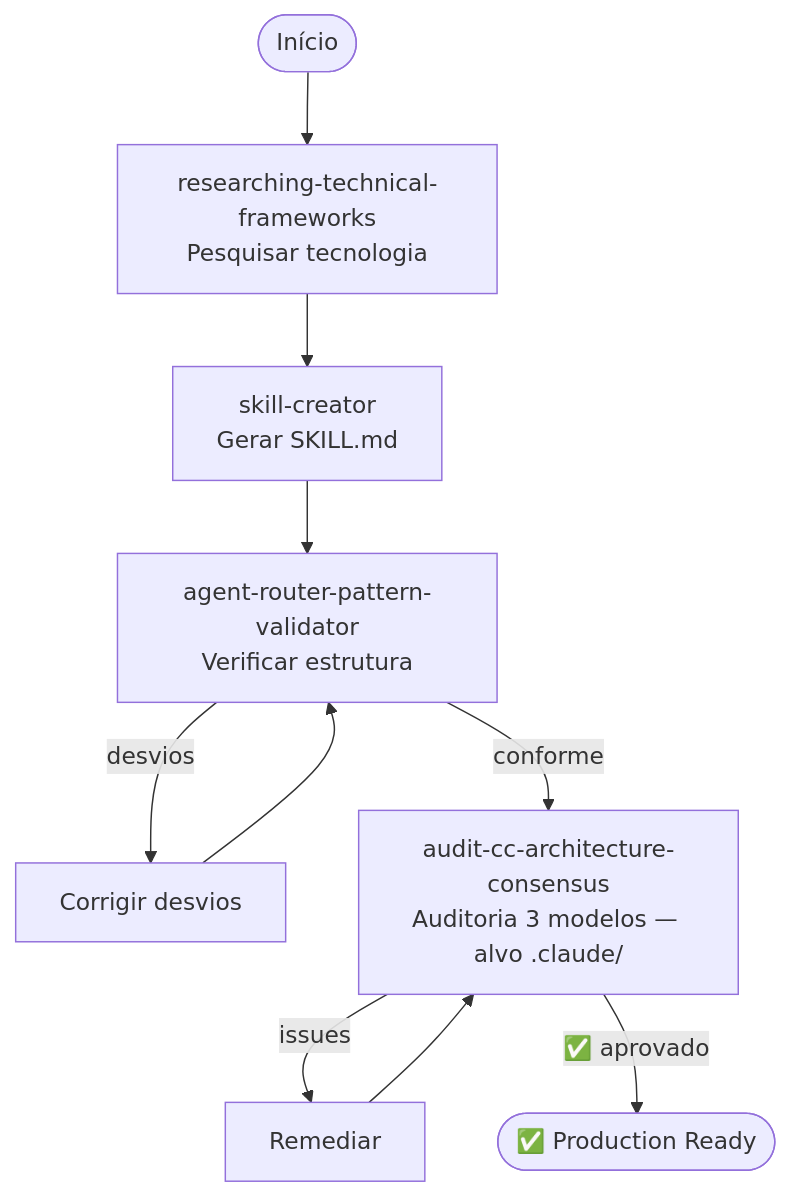
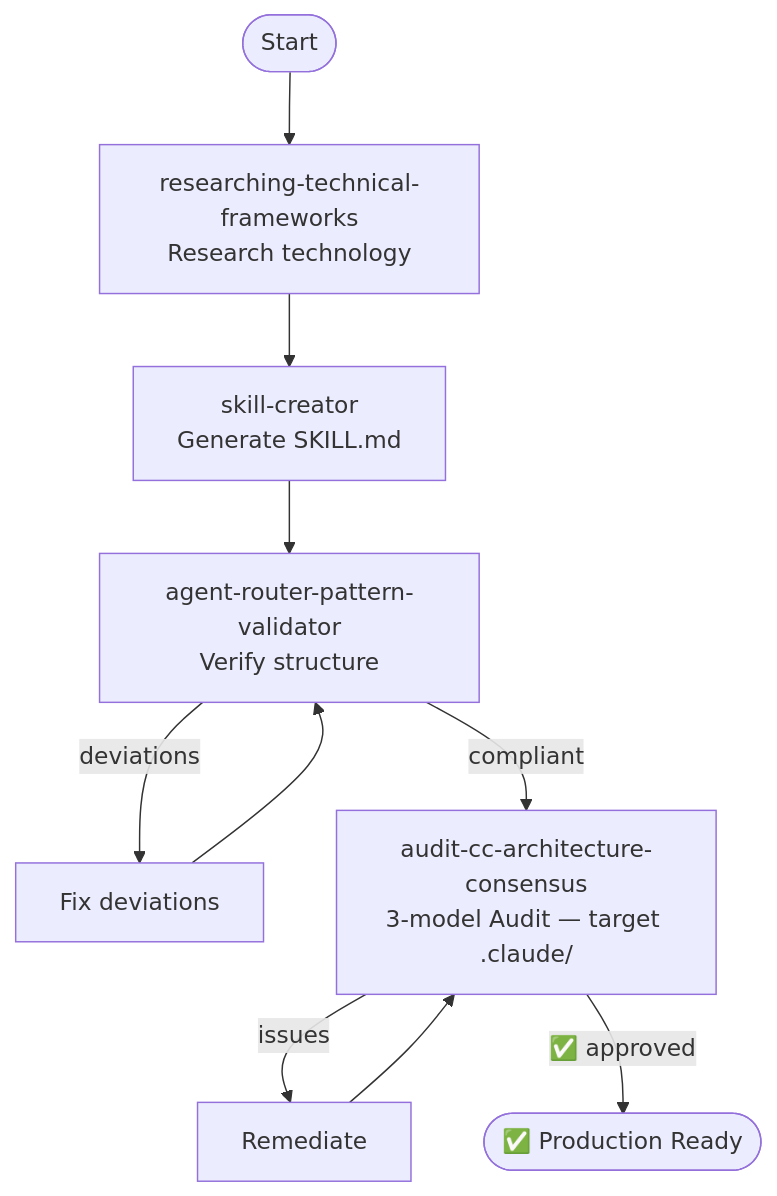
Before and after one commit to rodrigo-mendes/agents-factory: the diagram in docs/fluxos/fluxo-criacao-projeto.md, drawn with Mermaid. The commit also changed other lines of this file and 70 other files, not shown here.

````diff
--- a/docs/fluxos/fluxo-criacao-projeto.md
+++ b/docs/fluxos/fluxo-criacao-projeto.md
@@ -9,16 +9,16 @@
 ```mermaid
 flowchart TD
-    START([Início]) --> RESEARCH[researching-technical-frameworks<br/>Pesquisar tecnologia]
-    RESEARCH --> SKILL[skill-creator<br/>Gerar SKILL.md]
-    SKILL --> VALID[agent-router-pattern-validator<br/>Verificar estrutura]
+    START([Start]) --> RESEARCH[researching-technical-frameworks<br/>Research technology]
+    RESEARCH --> SKILL[skill-creator<br/>Generate SKILL.md]
+    SKILL --> VALID[agent-router-pattern-validator<br/>Verify structure]
     
-    VALID -->|desvios| FIX[Corrigir desvios]
+    VALID -->|deviations| FIX[Fix deviations]
     FIX --> VALID
     
-    VALID -->|conforme| AUDIT[audit-cc-architecture-consensus<br/>Auditoria 3 modelos — alvo .claude/]
+    VALID -->|compliant| AUDIT[audit-cc-architecture-consensus<br/>3-model Audit — target .claude/]
     
-    AUDIT -->|issues| FIX2[Remediar]
+    AUDIT -->|issues| FIX2[Remediate]
     FIX2 --> AUDIT
     
-    AUDIT -->|✅ aprovado| PROD([✅ Production Ready])
+    AUDIT -->|✅ approved| PROD([✅ Production Ready])
 ```
````
